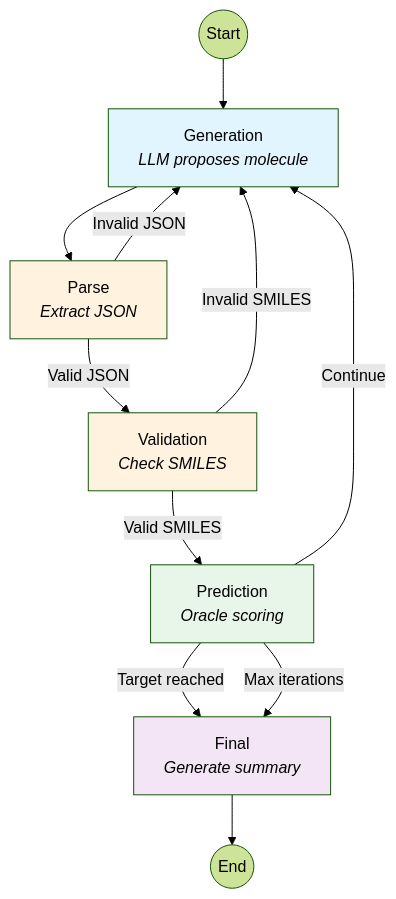
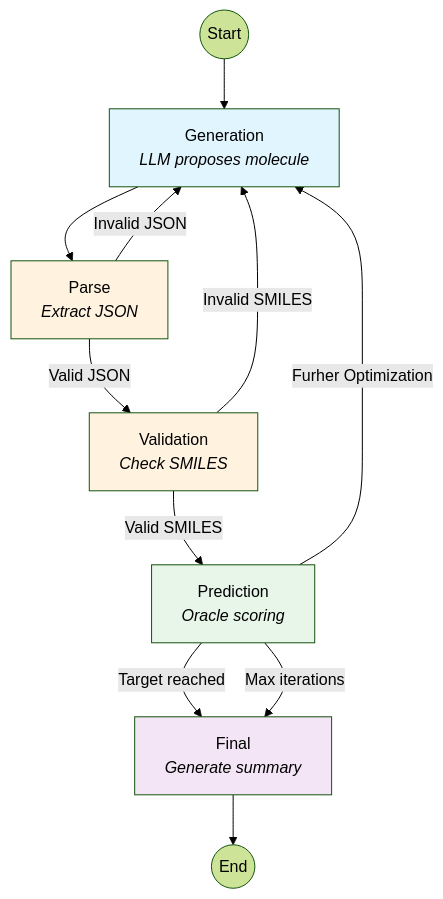
The diagram in README.md (FabianKruger/molecule-optimization-agent), drawn with Mermaid (forest theme) before and after one commit.

Commit message:
renamed connection

````diff
--- a/README.md
+++ b/README.md
@@ -7,31 +7,31 @@
 ```mermaid
 flowchart TD
     START((Start)) --> generation
 
     generation[Generation<br/><i>LLM proposes molecule</i>]
     parse[Parse<br/><i>Extract JSON</i>]
     validation[Validation<br/><i>Check SMILES</i>]
     prediction[Prediction<br/><i>Oracle scoring</i>]
     final[Final<br/><i>Generate summary</i>]
     END((End))
 
     generation --> parse
 
     parse -->|Valid JSON| validation
     parse -->|Invalid JSON| generation
 
     validation -->|Valid SMILES| prediction
     validation -->|Invalid SMILES| generation
 
-    prediction -->|Continue| generation
+    prediction -->|Furher Optimization| generation
     prediction -->|Target reached| final
     prediction -->|Max iterations| final
 
     final --> END
 
     style generation fill:#e1f5fe
     style parse fill:#fff3e0
     style validation fill:#fff3e0
     style prediction fill:#e8f5e9
     style final fill:#f3e5f5
 ```
````
